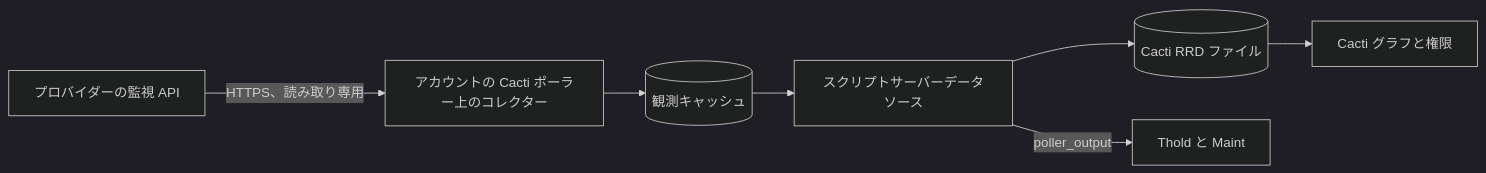
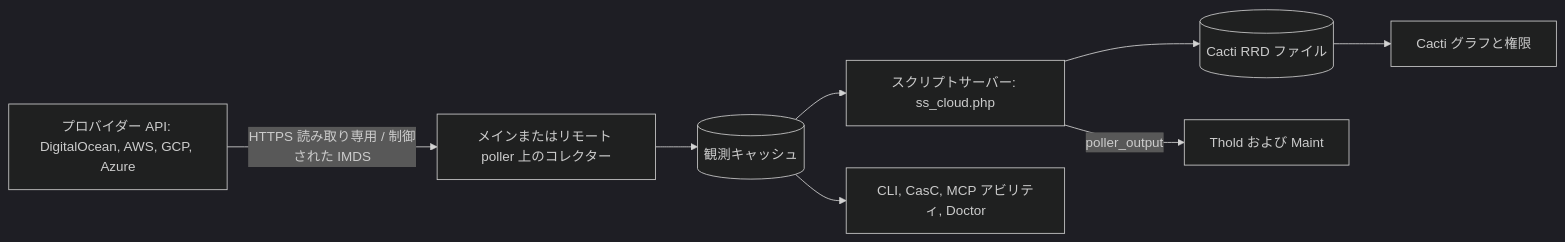
One commit to somethingwithproof/plugin_cloud changed the diagram in docs/i18n/ja-JP/README.md. Above: the diagram before and after it, drawn with Mermaid (dark theme). The commit also changed other lines of this file and 48 other files, not shown here.

First line of the commit message:
docs(readme): document AWS, GCP, Azure drivers, remote collectors, and ecosystem hooks

````diff
--- a/docs/i18n/ja-JP/README.md
+++ b/docs/i18n/ja-JP/README.md
@@ -100,9 +148,10 @@
 ```mermaid
 flowchart LR
-    API["プロバイダーの監視 API"] -->|"HTTPS、読み取り専用"| C["アカウントの Cacti ポーラー上のコレクター"]
-    C --> O[("観測キャッシュ")]
-    O --> SS["スクリプトサーバーデータソース"]
-    SS --> RRD[("Cacti RRD ファイル")]
-    SS -->|poller_output| T["Thold と Maint"]
-    RRD --> G["Cacti グラフと権限"]
+    API[プロバイダー API: DigitalOcean, AWS, GCP, Azure] -->|HTTPS 読み取り専用 / 制御された IMDS| C[メインまたはリモート poller 上のコレクター]
+    C --> O[(観測キャッシュ)]
+    O --> SS[スクリプトサーバー: ss_cloud.php]
+    SS --> RRD[(Cacti RRD ファイル)]
+    SS -->|poller_output| T[Thold および Maint]
+    RRD --> G[Cacti グラフと権限]
+    O --> ECO[CLI, CasC, MCP アビリティ, Doctor]
 ```
````
